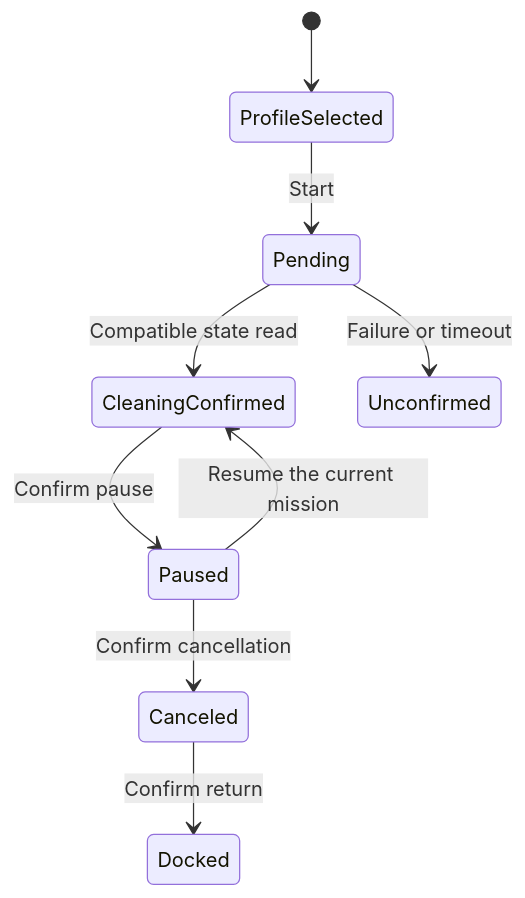
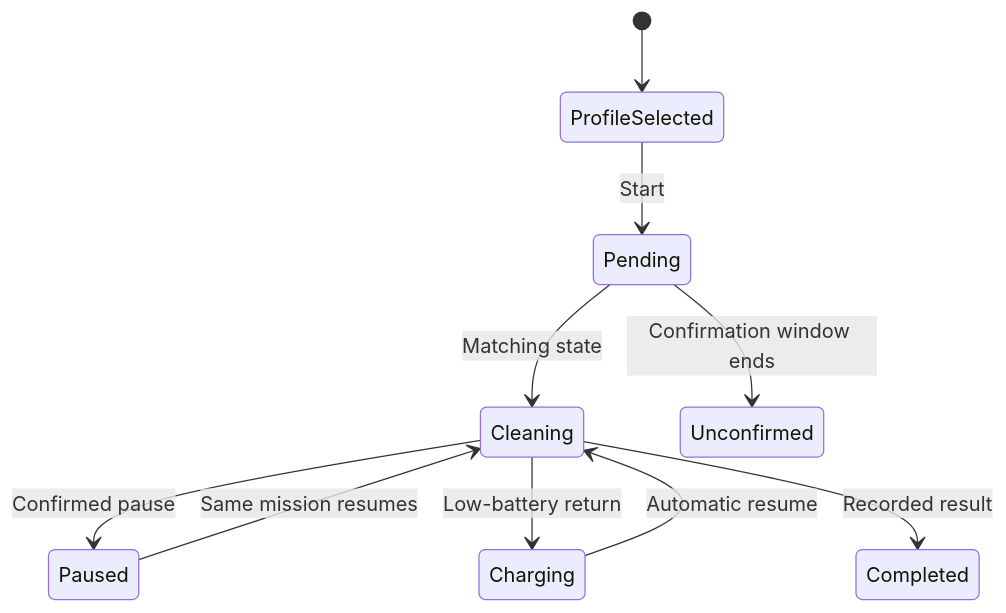
The diagram in specs/006-cleaning-profiles.md (efraespada/ha-roomba-home), drawn with Mermaid before and after one commit. The commit also changed other lines of this file and 13 other files, not shown here.

First line of the commit message:
Update the integration specifications and architecture (#183)

````diff
--- a/specs/006-cleaning-profiles.md
+++ b/specs/006-cleaning-profiles.md
@@ -80,11 +71,12 @@
 ```mermaid
 stateDiagram-v2
     [*] --> ProfileSelected
     ProfileSelected --> Pending: Start
-    Pending --> CleaningConfirmed: Compatible state read
-    Pending --> Unconfirmed: Failure or timeout
-    CleaningConfirmed --> Paused: Confirm pause
-    Paused --> CleaningConfirmed: Resume the current mission
-    Paused --> Canceled: Confirm cancellation
-    Canceled --> Docked: Confirm return
+    Pending --> Cleaning: Matching state
+    Pending --> Unconfirmed: Confirmation window ends
+    Cleaning --> Paused: Confirmed pause
+    Paused --> Cleaning: Same mission resumes
+    Cleaning --> Charging: Low-battery return
+    Charging --> Cleaning: Automatic resume
+    Cleaning --> Completed: Recorded result
 ```
````
